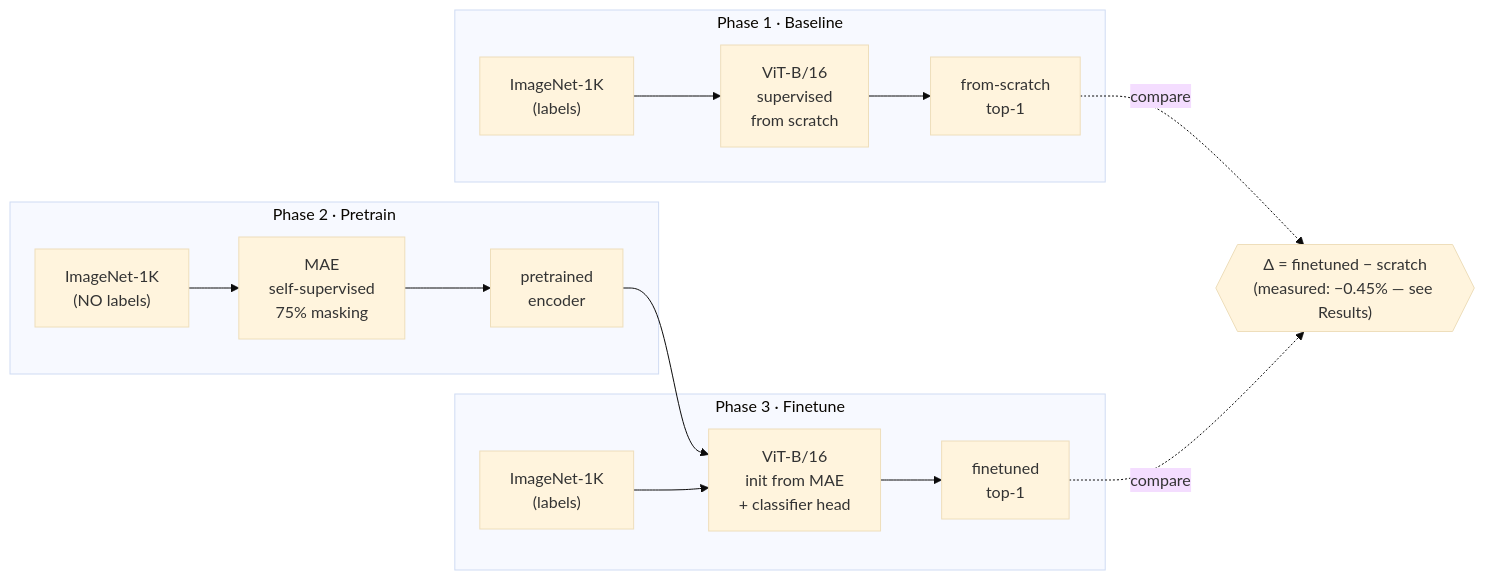
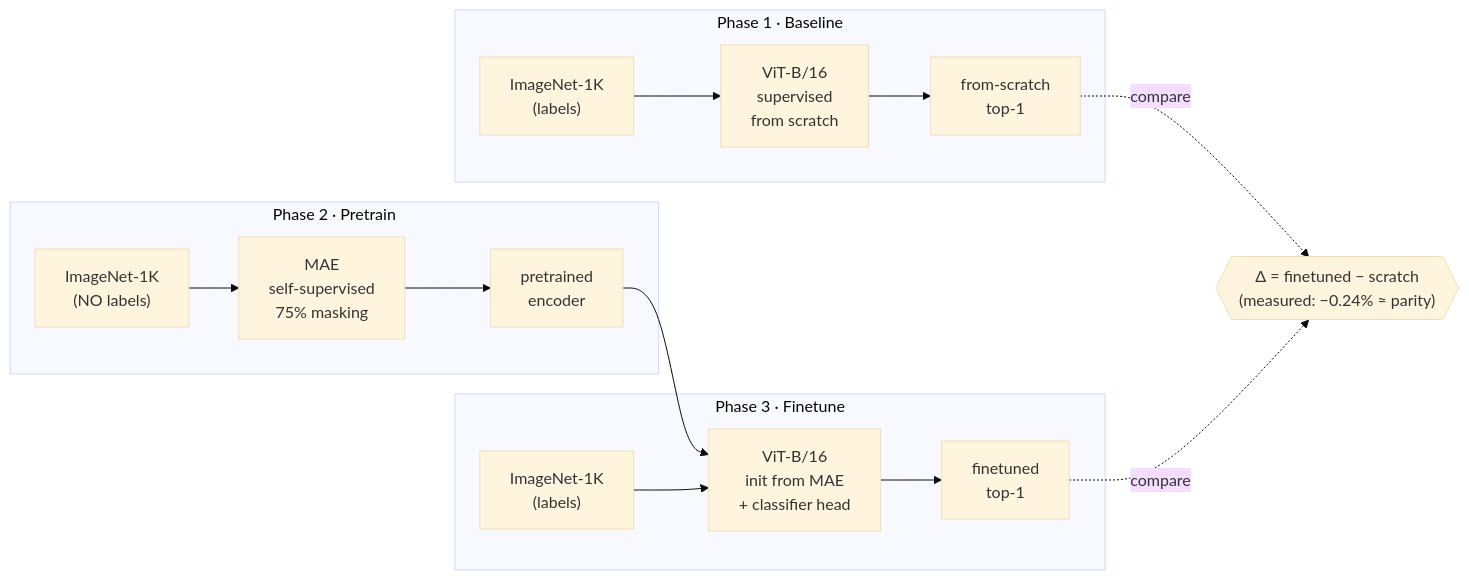
One commit to MokshitSama/mae-from-scratch-imagenet changed the first of 4 diagrams in README.md. Above: the diagram before and after it, drawn with Mermaid (base theme). The commit also changed other lines of this file and 6 other files, not shown here.

````diff
--- a/README.md
+++ b/README.md
@@ -11,18 +11,18 @@
 ```mermaid
 flowchart LR
     subgraph P1["Phase 1 · Baseline"]
         A["ImageNet-1K<br/>(labels)"] --> B["ViT-B/16<br/>supervised<br/>from scratch"]
         B --> C["from-scratch<br/>top-1"]
     end
     subgraph P2["Phase 2 · Pretrain"]
         D["ImageNet-1K<br/>(NO labels)"] --> E["MAE<br/>self-supervised<br/>75% masking"]
         E --> F["pretrained<br/>encoder"]
     end
     subgraph P3["Phase 3 · Finetune"]
         F --> G["ViT-B/16<br/>init from MAE<br/>+ classifier head"]
         A2["ImageNet-1K<br/>(labels)"] --> G
         G --> H["finetuned<br/>top-1"]
     end
-    C -.compare.-> RES{{"Δ = finetuned − scratch<br/>(measured: −0.45% — see Results)"}}
+    C -.compare.-> RES{{"Δ = finetuned − scratch<br/>(measured: −0.24% ≈ parity)"}}
     H -.compare.-> RES
 ```
````
